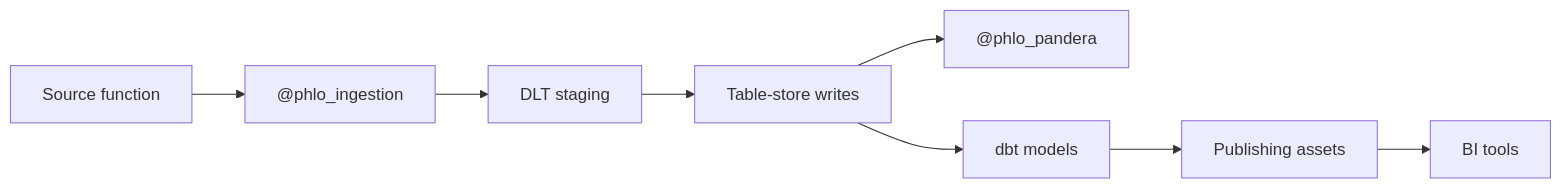
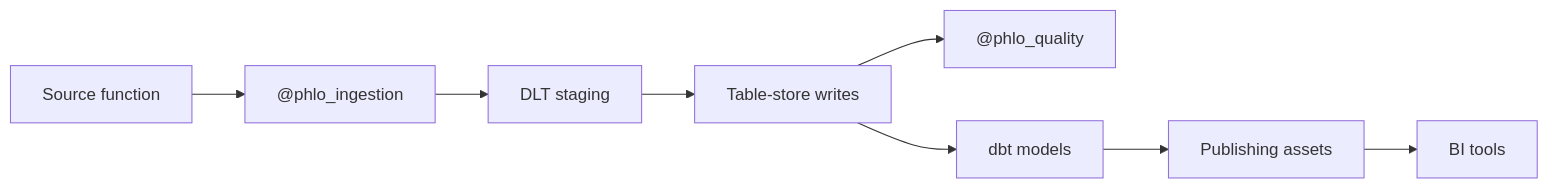
One commit to iamgp/phlo changed the diagram in docs/guides/developer-guide.md. Above: the diagram before and after it, drawn with Mermaid. The commit also changed other lines of this file and 80 other files, not shown here.

````diff
--- a/docs/guides/developer-guide.md
+++ b/docs/guides/developer-guide.md
@@ -16,14 +16,14 @@
 ```mermaid
 flowchart LR
     source[Source function]
     ingestion["@phlo_ingestion"]
     staging[DLT staging]
     tables[Table-store writes]
-    quality["@phlo_pandera"]
+    quality["@phlo_quality"]
     dbt[dbt models]
     publish[Publishing assets]
     bi[BI tools]
 
     source --> ingestion --> staging --> tables --> dbt --> publish --> bi
     tables --> quality
 ```
````
